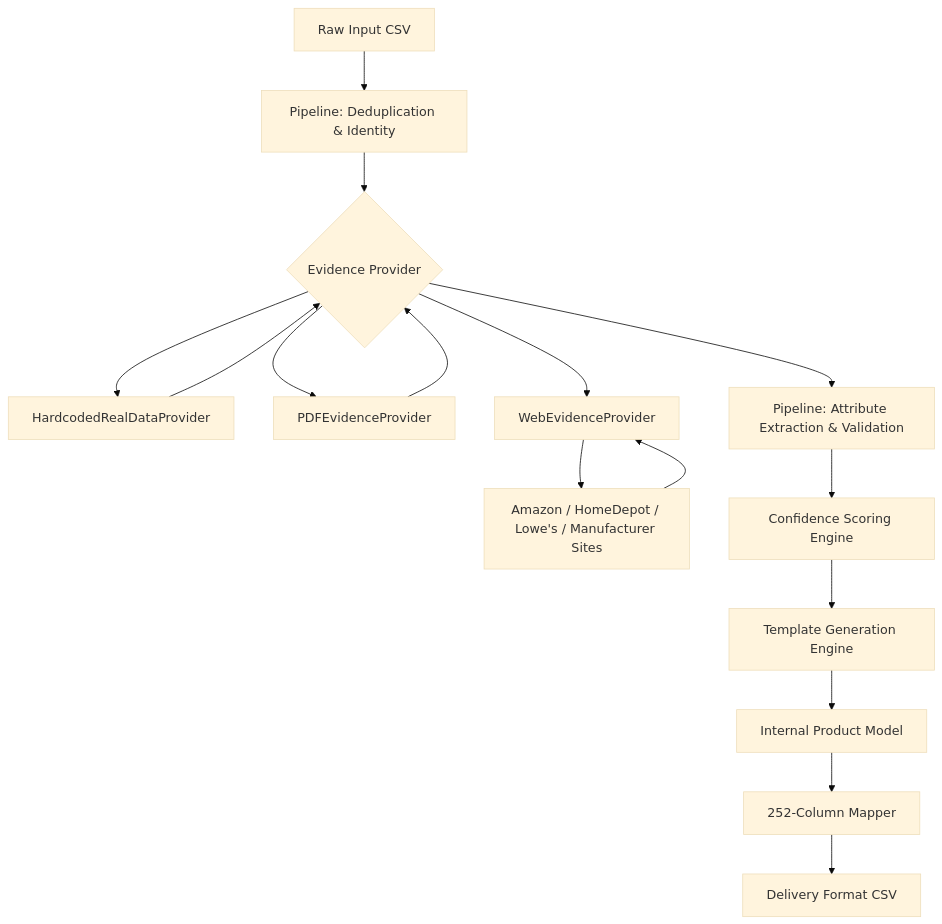
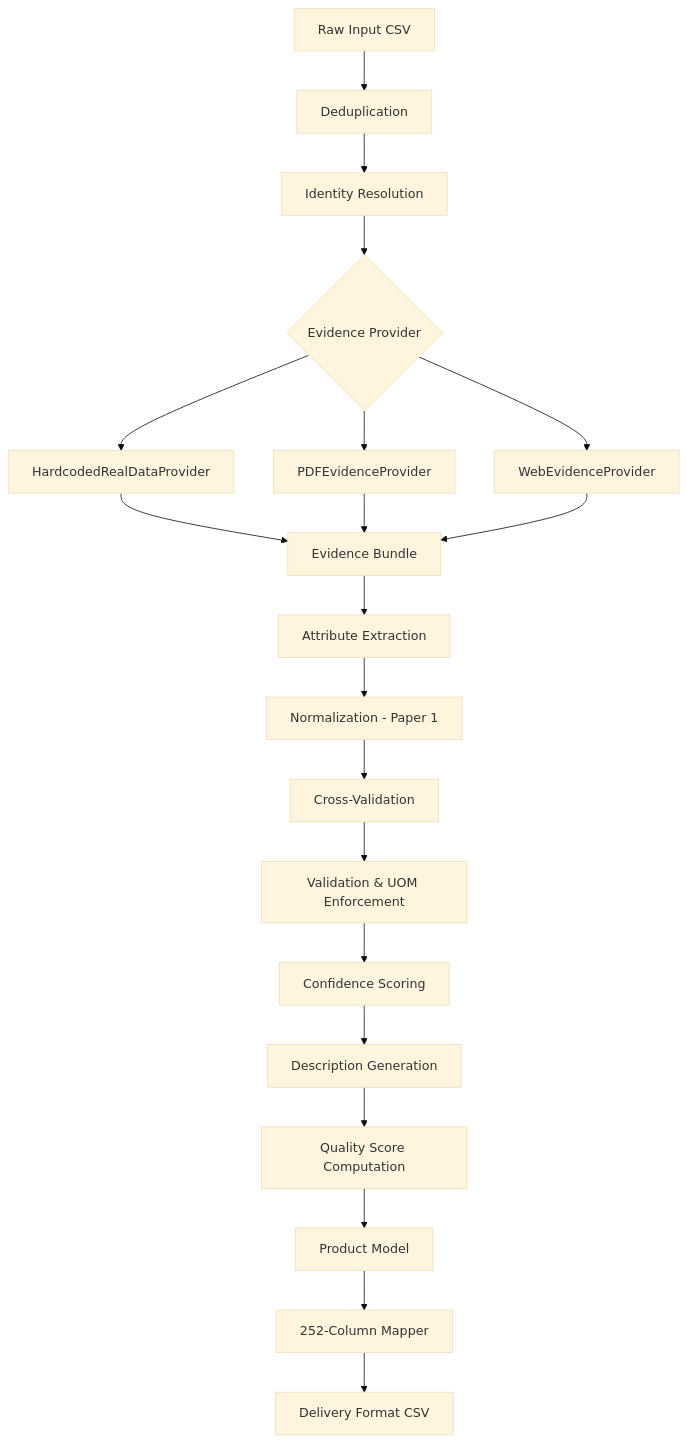
Before and after one commit to AbhayBhise/trust-forge-UNIHACK-: the diagram in docs/ARCHITECTURE.md, drawn with Mermaid (base theme). The commit also changed other lines of this file and 12 other files, not shown here.

````diff
--- a/docs/ARCHITECTURE.md
+++ b/docs/ARCHITECTURE.md
@@ -10,18 +10,22 @@
 ```mermaid
 graph TD
-    A[Raw Input CSV] --> B[Pipeline: Deduplication & Identity]
-    B --> C{Evidence Provider}
-    C --> D[HardcodedRealDataProvider]
-    C --> E[PDFEvidenceProvider]
-    C --> F[WebEvidenceProvider]
-    D --> C
-    E --> C
-    F --> G[Amazon / HomeDepot / Lowe's / Manufacturer Sites]
-    G --> F
-    C --> H[Pipeline: Attribute Extraction & Validation]
-    H --> I[Confidence Scoring Engine]
-    I --> J[Template Generation Engine]
-    J --> K[Internal Product Model]
-    K --> L[252-Column Mapper]
-    L --> M[Delivery Format CSV]
+    A[Raw Input CSV] --> B[Deduplication]
+    B --> C[Identity Resolution]
+    C --> D{Evidence Provider}
+    D --> E[HardcodedRealDataProvider]
+    D --> F[PDFEvidenceProvider]
+    D --> G[WebEvidenceProvider]
+    E --> H[Evidence Bundle]
+    F --> H
+    G --> H
+    H --> I[Attribute Extraction]
+    I --> J[Normalization - Paper 1]
+    J --> K[Cross-Validation]
+    K --> L[Validation & UOM Enforcement]
+    L --> M[Confidence Scoring]
+    M --> N[Description Generation]
+    N --> O[Quality Score Computation]
+    O --> P[Product Model]
+    P --> Q[252-Column Mapper]
+    Q --> R[Delivery Format CSV]
 ```
````
